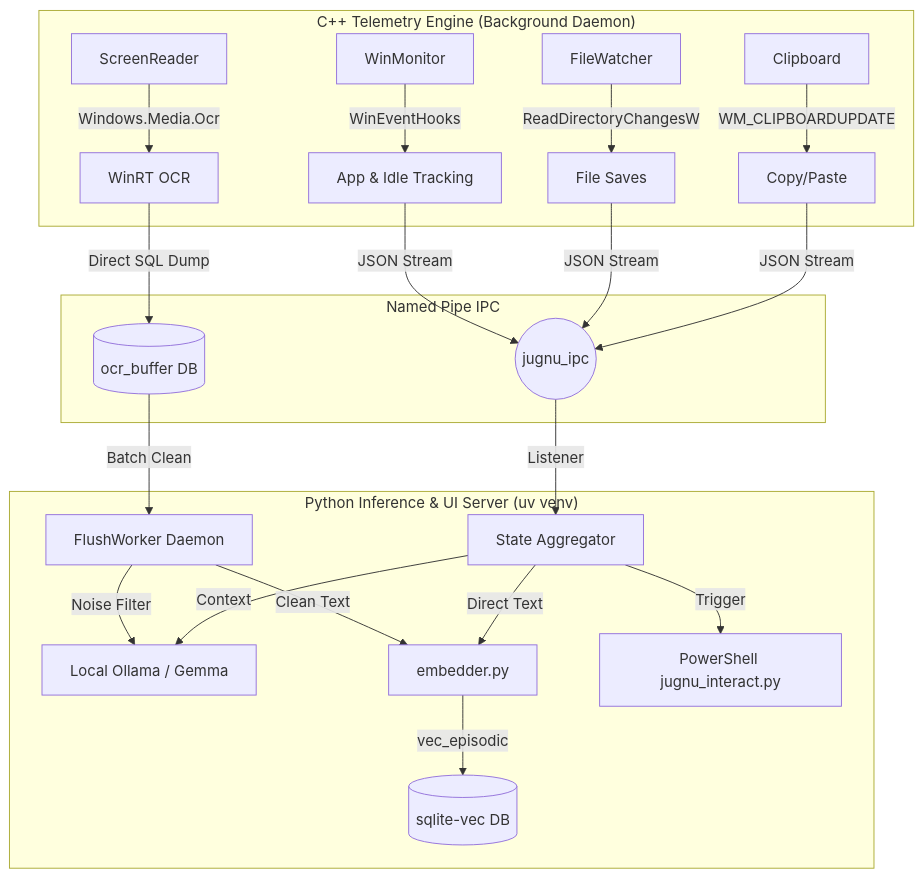
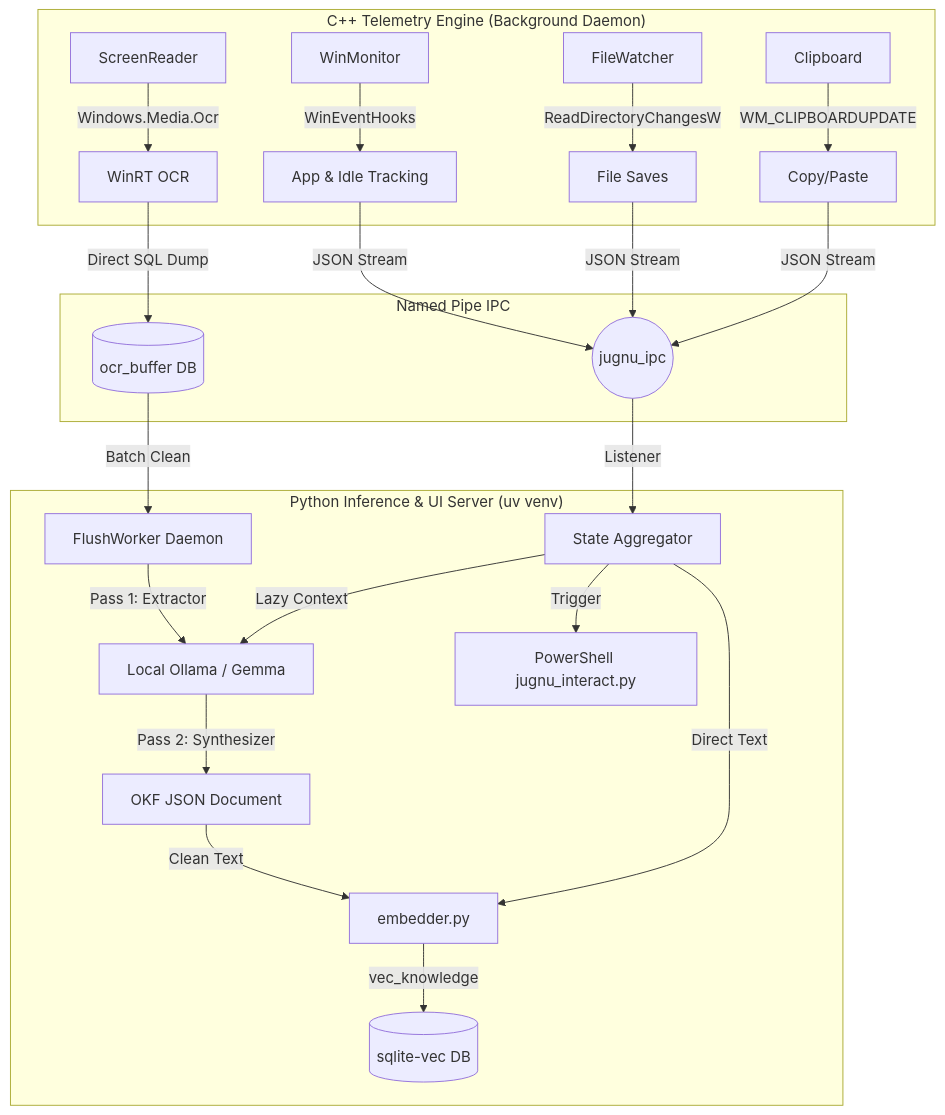
Before and after one commit to UllasDas004/Jugnu-on-device-AI-buddy: the diagram in README.md, drawn with Mermaid. The commit also changed other lines of this file and 19 other files, not shown here.

````diff
--- a/README.md
+++ b/README.md
@@ -20,27 +20,28 @@
 ```mermaid
 graph TD
     subgraph "C++ Telemetry Engine (Background Daemon)"
         W[WinMonitor] -->|WinEventHooks| AppSwitch[App & Idle Tracking]
         FW[FileWatcher] -->|ReadDirectoryChangesW| FileMonitor[File Saves]
         CB[Clipboard] -->|WM_CLIPBOARDUPDATE| ClipTracker[Copy/Paste]
         SR[ScreenReader] -->|Windows.Media.Ocr| ScreenReader[WinRT OCR]
     end
 
     subgraph "Named Pipe IPC"
         AppSwitch -->|JSON Stream| Pipe((jugnu_ipc))
         FileMonitor -->|JSON Stream| Pipe
         ClipTracker -->|JSON Stream| Pipe
         ScreenReader -->|Direct SQL Dump| OCRBuffer[(ocr_buffer DB)]
     end
 
     subgraph "Python Inference & UI Server (uv venv)"
         Pipe -->|Listener| StateManager[State Aggregator]
         OCRBuffer -->|Batch Clean| FlushWorker[FlushWorker Daemon]
-        FlushWorker -->|Noise Filter| AIEngine[Local Ollama / Gemma]
-        FlushWorker -->|Clean Text| Embedder[embedder.py]
+        FlushWorker -->|Pass 1: Extractor| AIEngine[Local Ollama / Gemma]
+        AIEngine -->|Pass 2: Synthesizer| OKF[OKF JSON Document]
+        OKF -->|Clean Text| Embedder[embedder.py]
         StateManager -->|Direct Text| Embedder
-        Embedder -->|vec_episodic| SQLiteVec[(sqlite-vec DB)]
-        StateManager -->|Context| AIEngine
+        Embedder -->|vec_knowledge| SQLiteVec[(sqlite-vec DB)]
+        StateManager -->|Lazy Context| AIEngine
         StateManager -->|Trigger| TerminalUI[PowerShell jugnu_interact.py]
     end
 ```
````
